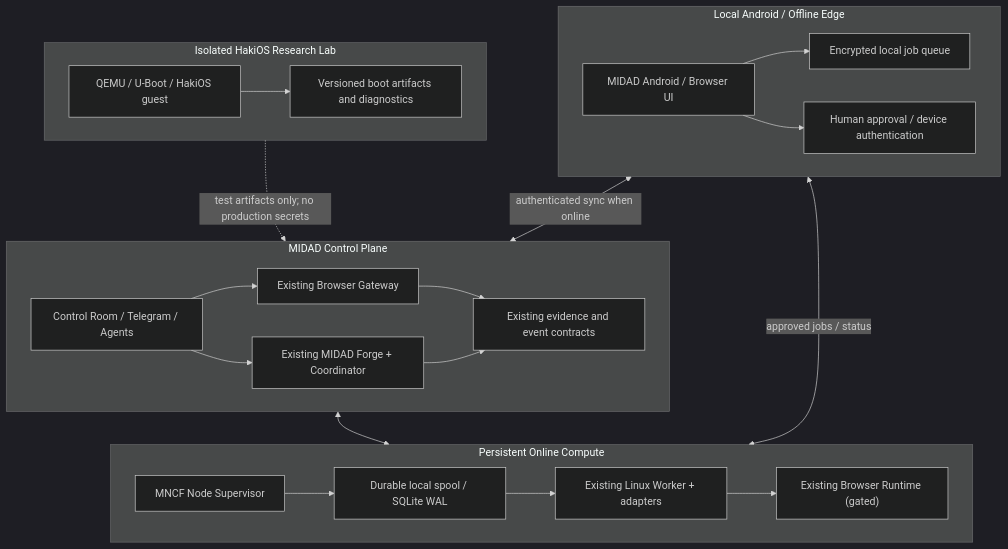
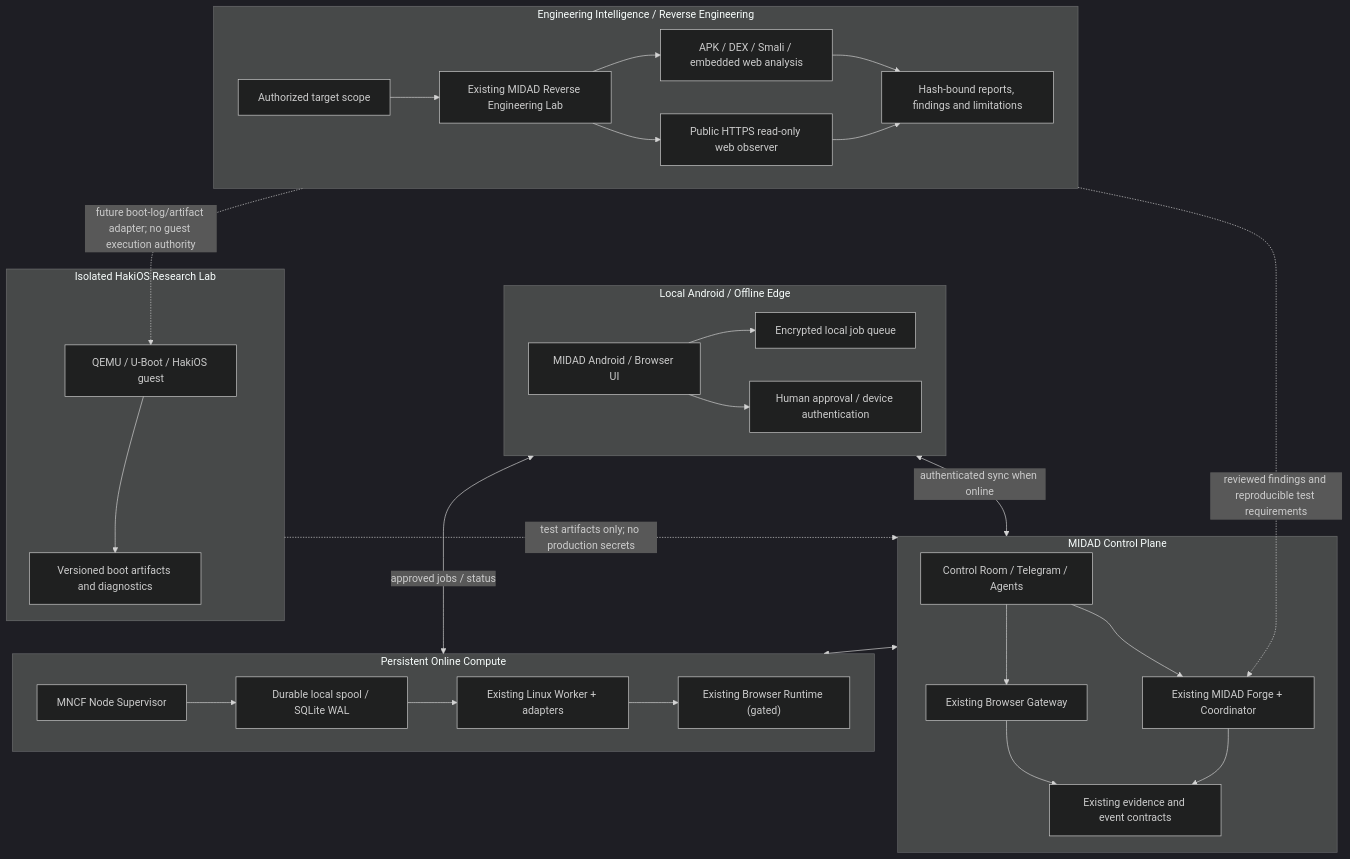
One commit to Sirahwaz/Control-room changed the diagram in docs/architecture/MIDAD_HAKIOS_HYBRID_RUNTIME_ARCHITECTURE.md. Above: the diagram before and after it, drawn with Mermaid (dark theme). The commit also changed other lines of this file, not shown here.

Commit message:
docs(architecture): integrate reverse engineering as first-class plane

````diff
--- a/docs/architecture/MIDAD_HAKIOS_HYBRID_RUNTIME_ARCHITECTURE.md
+++ b/docs/architecture/MIDAD_HAKIOS_HYBRID_RUNTIME_ARCHITECTURE.md
@@ -46,42 +47,57 @@
 ```mermaid
 flowchart TB
   subgraph CONTROL["MIDAD Control Plane"]
     CR["Control Room / Telegram / Agents"]
     GW["Existing Browser Gateway"]
     FORGE["Existing MIDAD Forge + Coordinator"]
     LEDGER["Existing evidence and event contracts"]
     CR --> GW
     CR --> FORGE
     GW --> LEDGER
     FORGE --> LEDGER
   end
 
   subgraph ONLINE["Persistent Online Compute"]
     SUP["MNCF Node Supervisor"]
     Q["Durable local spool / SQLite WAL"]
     WORKER["Existing Linux Worker + adapters"]
     BROWSER["Existing Browser Runtime (gated)"]
     SUP --> Q
     Q --> WORKER
     WORKER --> BROWSER
   end
 
+  subgraph INTEL["Engineering Intelligence / Reverse Engineering"]
+    SCOPE["Authorized target scope"]
+    RELAB["Existing MIDAD Reverse Engineering Lab"]
+    APK["APK / DEX / Smali / embedded web analysis"]
+    WEB["Public HTTPS read-only web observer"]
+    REPORT["Hash-bound reports, findings and limitations"]
+    SCOPE --> RELAB
+    RELAB --> APK
+    RELAB --> WEB
+    APK --> REPORT
+    WEB --> REPORT
+  end
+
   subgraph EDGE["Local Android / Offline Edge"]
     APP["MIDAD Android / Browser UI"]
     LQ["Encrypted local job queue"]
     HUMAN["Human approval / device authentication"]
     APP --> LQ
     APP --> HUMAN
   end
 
   subgraph LAB["Isolated HakiOS Research Lab"]
     QEMU["QEMU / U-Boot / HakiOS guest"]
     ART["Versioned boot artifacts and diagnostics"]
     QEMU --> ART
   end
 
   CONTROL <--> ONLINE
   EDGE <-->|authenticated sync when online| CONTROL
   EDGE <-->|approved jobs / status| ONLINE
+  INTEL -. "reviewed findings and reproducible test requirements" .-> FORGE
+  INTEL -. "future boot-log/artifact adapter; no guest execution authority" .-> QEMU
   LAB -. "test artifacts only; no production secrets" .-> CONTROL
 ```
````
